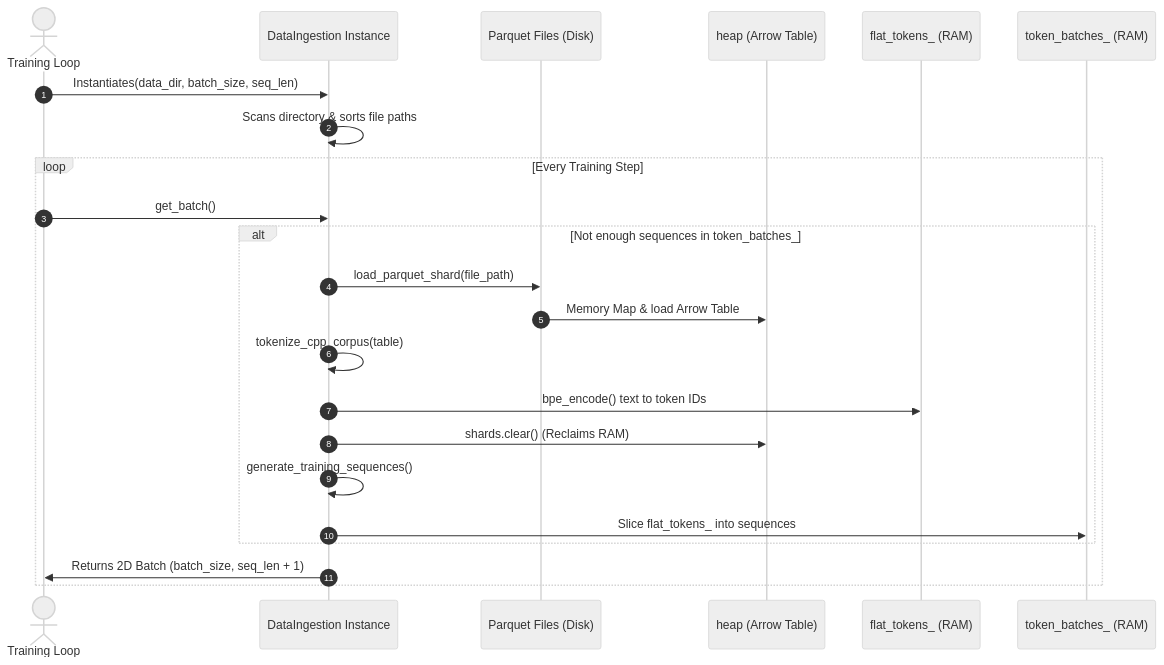
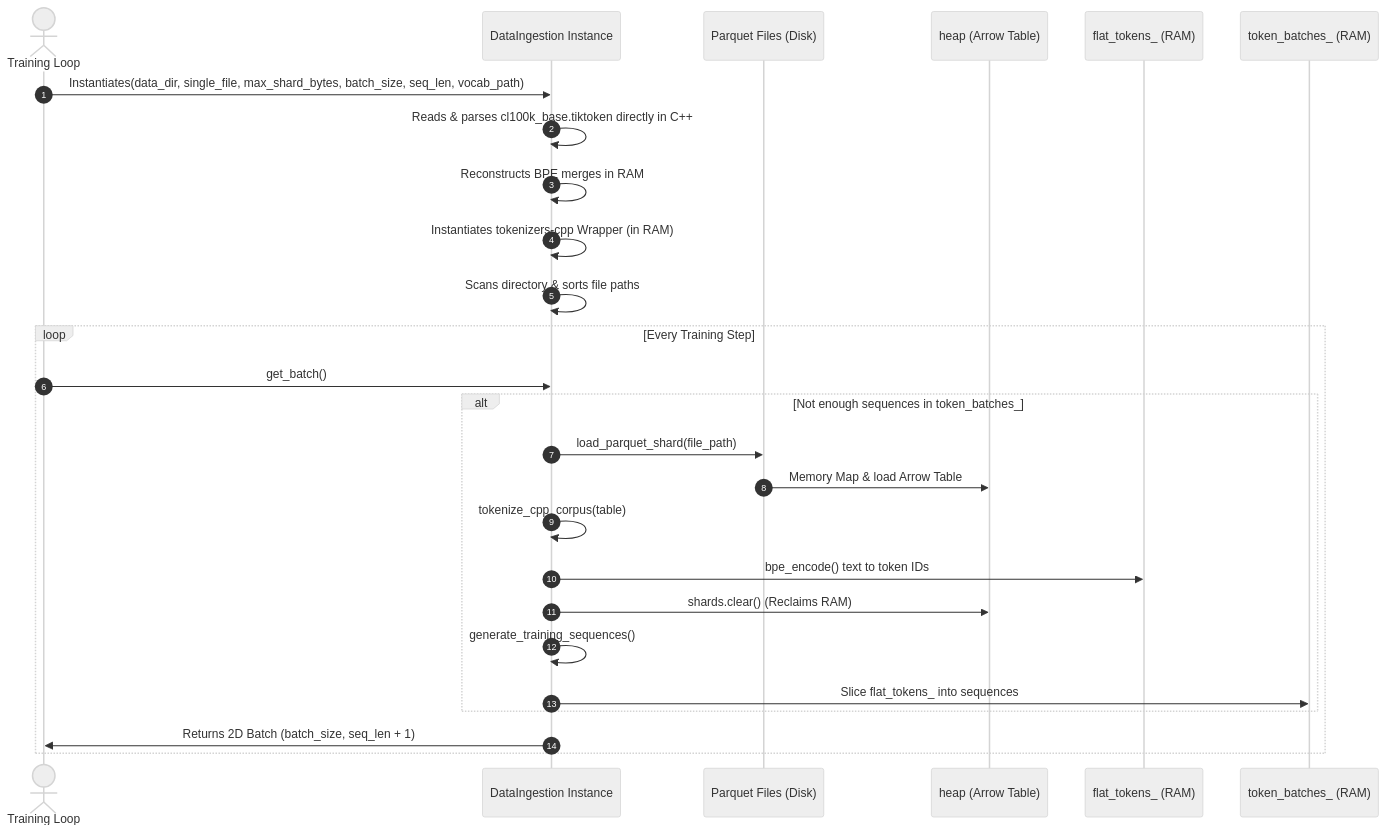
The second of 2 diagrams in cpp/doc/DataIngestion.md (rahul238xaviers/large-language-model), drawn with Mermaid (neutral theme) before and after one commit. The commit also changed other lines of this file and 5 other files, not shown here.

Commit message:
feat: implement in-memory tokenizer initialization via tiktoken/tokenizers-cpp and introduce new Tensor class.

````diff
--- a/cpp/doc/DataIngestion.md
+++ b/cpp/doc/DataIngestion.md
@@ -44,29 +46,32 @@
 ```mermaid
 sequenceDiagram
     autonumber
     actor Trainer as Training Loop
     participant DI as DataIngestion Instance
     participant Disk as Parquet Files (Disk)
     participant RAM as heap (Arrow Table)
     participant Tokens as flat_tokens_ (RAM)
     participant Batches as token_batches_ (RAM)
 
-    Trainer->>DI: Instantiates(data_dir, batch_size, seq_len)
+    Trainer->>DI: Instantiates(data_dir, single_file, max_shard_bytes, batch_size, seq_len, vocab_path)
+    DI->>DI: Reads & parses cl100k_base.tiktoken directly in C++
+    DI->>DI: Reconstructs BPE merges in RAM
+    DI->>DI: Instantiates tokenizers-cpp Wrapper (in RAM)
     DI->>DI: Scans directory & sorts file paths
     
     loop Every Training Step
         Trainer->>DI: get_batch()
         
         alt Not enough sequences in token_batches_
             DI->>Disk: load_parquet_shard(file_path)
             Disk->>RAM: Memory Map & load Arrow Table
             DI->>DI: tokenize_cpp_corpus(table)
             DI->>Tokens: bpe_encode() text to token IDs
             DI->>RAM: shards.clear() (Reclaims RAM)
             DI->>DI: generate_training_sequences()
             DI->>Batches: Slice flat_tokens_ into sequences
         end
         
         DI->>Trainer: Returns 2D Batch (batch_size, seq_len + 1)
     end
 ```
````
